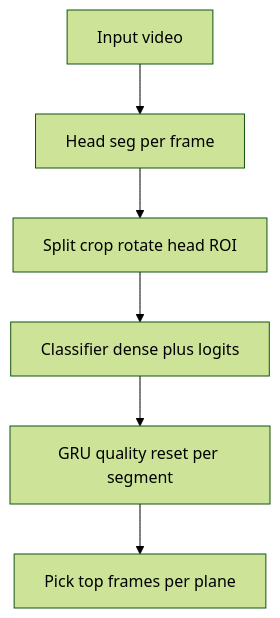
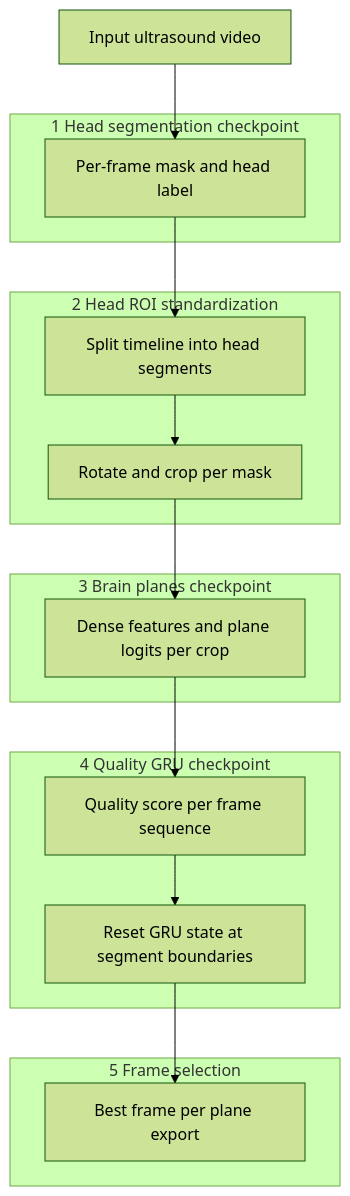
One commit to Alek96/ultrasound_fetal_images changed the second of 2 diagrams in README.md. Above: the diagram before and after it, drawn with Mermaid (forest theme). The commit also changed other lines of this file, not shown here.

````diff
--- a/README.md
+++ b/README.md
@@ -81,14 +143,28 @@
 ```mermaid
 flowchart TB
-  V[Input video]
-  S1[Head seg per frame]
-  S2[Split crop rotate head ROI]
-  S3[Classifier dense plus logits]
-  S4[GRU quality reset per segment]
-  S5[Pick top frames per plane]
+  V[Input ultrasound video]
+  subgraph stage1 [1 Head segmentation checkpoint]
+    S1[Per-frame mask and head label]
+  end
+  subgraph stage2 [2 Head ROI standardization]
+    S2[Split timeline into head segments]
+    S2b[Rotate and crop per mask]
+  end
+  subgraph stage3 [3 Brain planes checkpoint]
+    S3[Dense features and plane logits per crop]
+  end
+  subgraph stage4 [4 Quality GRU checkpoint]
+    S4[Quality score per frame sequence]
+    S4r[Reset GRU state at segment boundaries]
+  end
+  subgraph stage5 [5 Frame selection]
+    S5[Best frame per plane export]
+  end
   V --> S1
   S1 --> S2
-  S2 --> S3
+  S2 --> S2b
+  S2b --> S3
   S3 --> S4
-  S4 --> S5
+  S4 --> S4r
+  S4r --> S5
 ```
````
